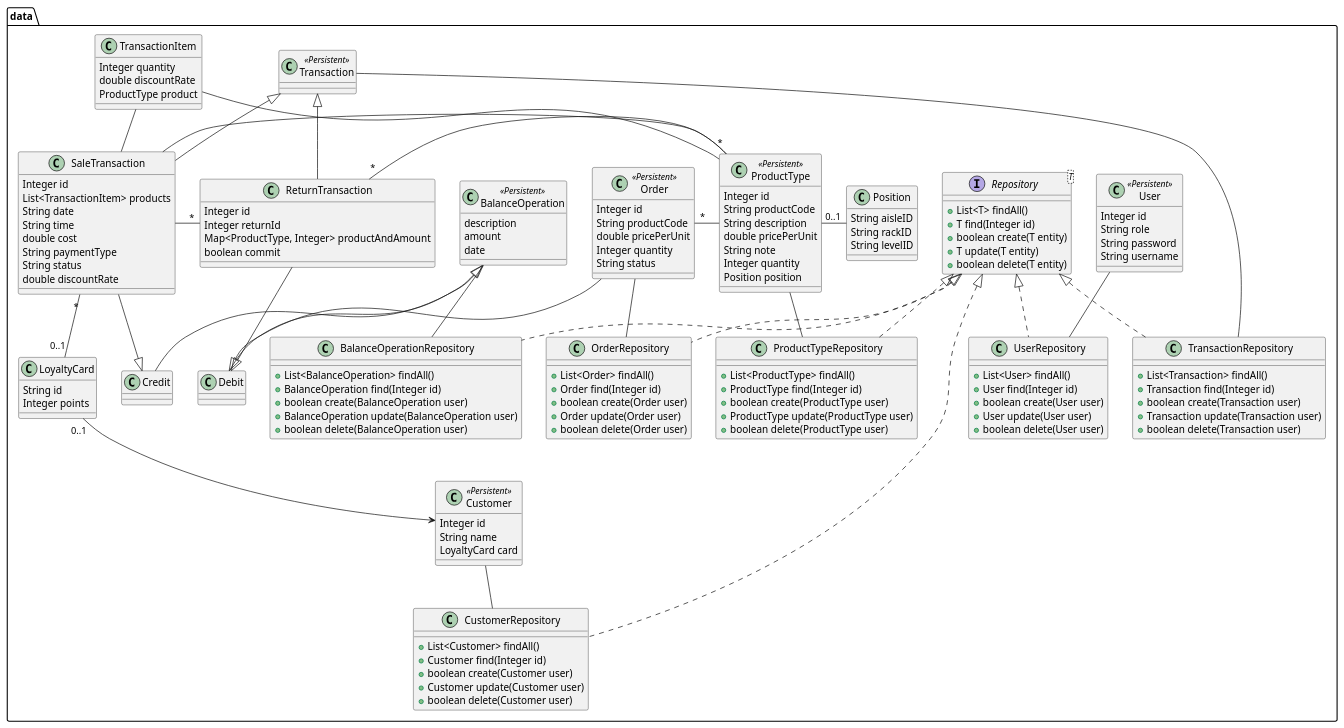
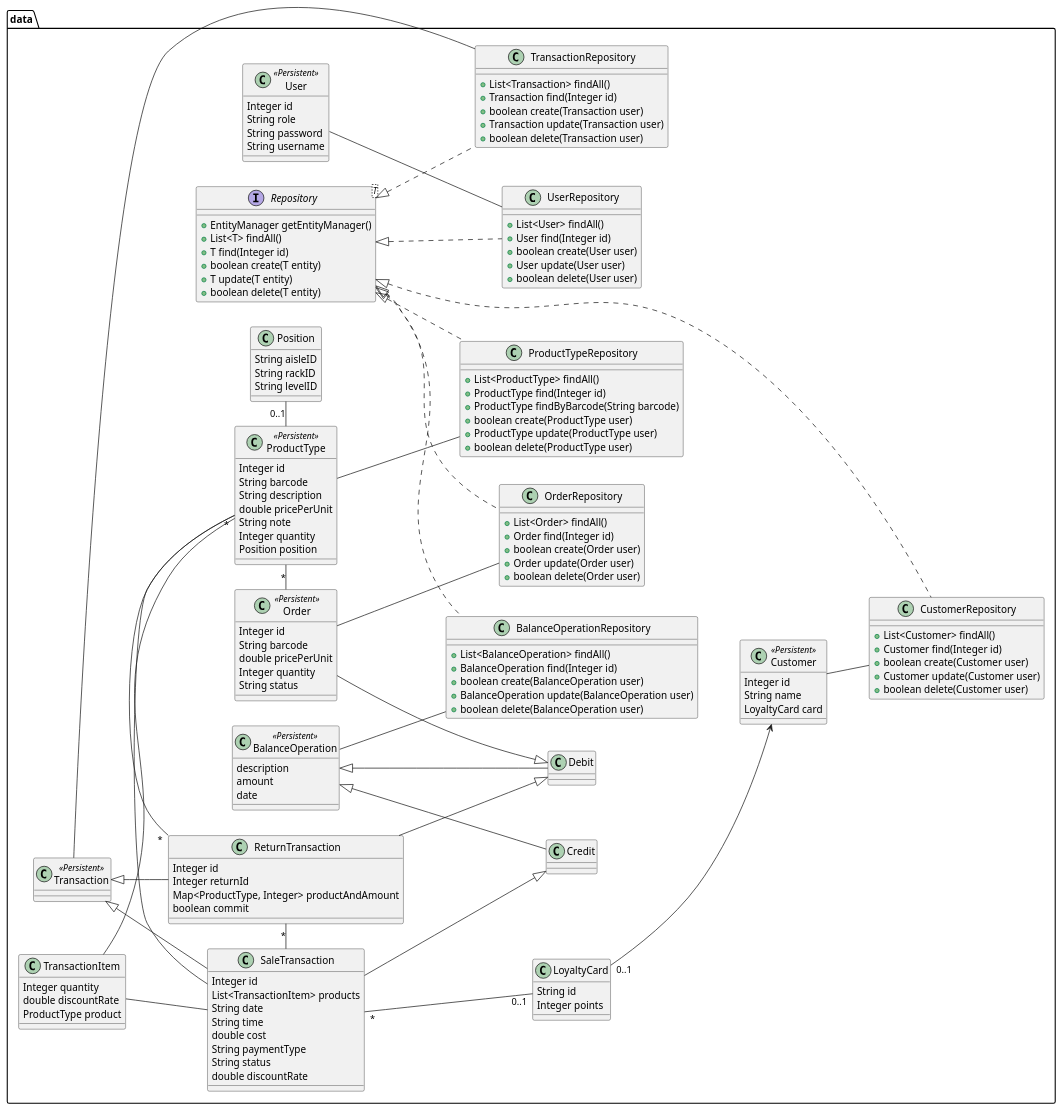
One commit to mspronesti/ezshop changed the third of 11 diagrams in Deliverables/DesignDocument.md. Above: the diagram before and after it, drawn with PlantUML. The commit also changed other lines of this file, not shown here.

Commit message:
feat(design): add verification sequence diagrams 1, 2, 3, 4 and 5

````diff
--- a/Deliverables/DesignDocument.md
+++ b/Deliverables/DesignDocument.md
@@ -141,8 +141,11 @@
 ```plantuml
 @startuml
+left to right direction
+
 package data {
 
     interface Repository<T> {
+        +EntityManager getEntityManager()
         +List<T> findAll()
         +T find(Integer id)
         +boolean create(T entity)
@@ -214,7 +217,7 @@
 
     class Order <<Persistent>> {
         Integer id
-        String productCode
+        String barcode
         double pricePerUnit
         Integer quantity
         String status
@@ -232,7 +235,7 @@
 
     class ProductType <<Persistent>> {
         Integer id
-        String productCode
+        String barcode
         String description
         double pricePerUnit
         String note
@@ -243,6 +246,7 @@
     class ProductTypeRepository implements Repository {
         +List<ProductType> findAll()
         +ProductType find(Integer id)
+        +ProductType findByBarcode(String barcode)
         +boolean create(ProductType user)
         +ProductType update(ProductType user)
         +boolean delete(ProductType user)
````
